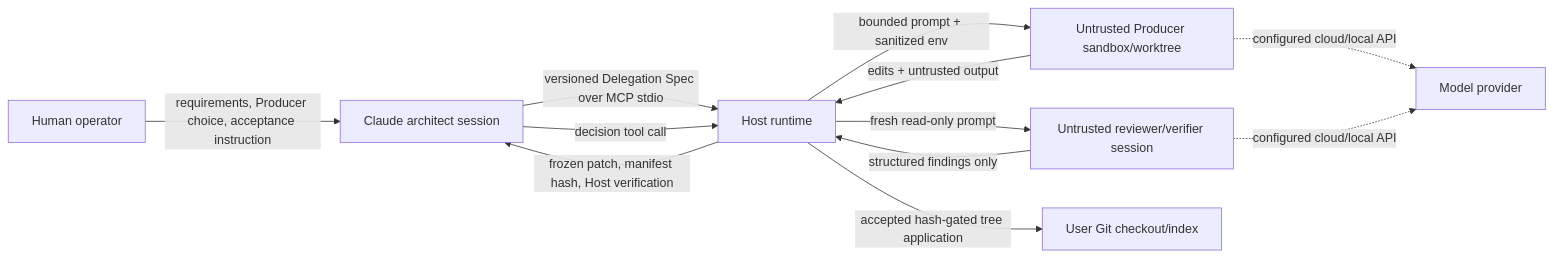
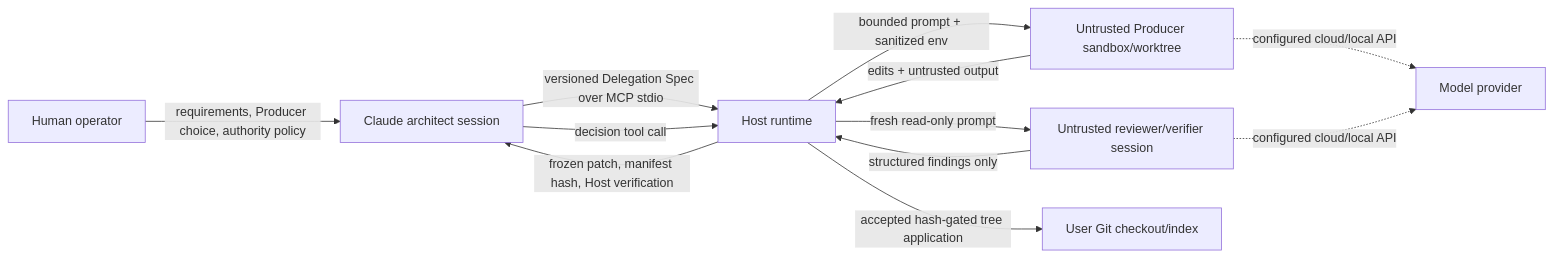
One commit to Pythoughts-labs/claude-architect changed the diagram in docs/TRUST_BOUNDARIES.md. Above: the diagram before and after it, drawn with Mermaid. The commit also changed other lines of this file and 14 other files, not shown here.

````diff
--- a/docs/TRUST_BOUNDARIES.md
+++ b/docs/TRUST_BOUNDARIES.md
@@ -5,14 +5,14 @@
 ```mermaid
 flowchart LR
-  H[Human operator] -->|requirements, Producer choice, acceptance instruction| C[Claude architect session]
+  H[Human operator] -->|requirements, Producer choice, authority policy| C[Claude architect session]
   C -->|versioned Delegation Spec over MCP stdio| R[Host runtime]
   R -->|bounded prompt + sanitized env| P[Untrusted Producer sandbox/worktree]
   P -->|edits + untrusted output| R
   R -->|frozen patch, manifest hash, Host verification| C
   R -->|fresh read-only prompt| V[Untrusted reviewer/verifier session]
   V -->|structured findings only| R
   C -->|decision tool call| R
   R -->|accepted hash-gated tree application| G[User Git checkout/index]
   P -. configured cloud/local API .-> M[Model provider]
   V -. configured cloud/local API .-> M
 ```
````
